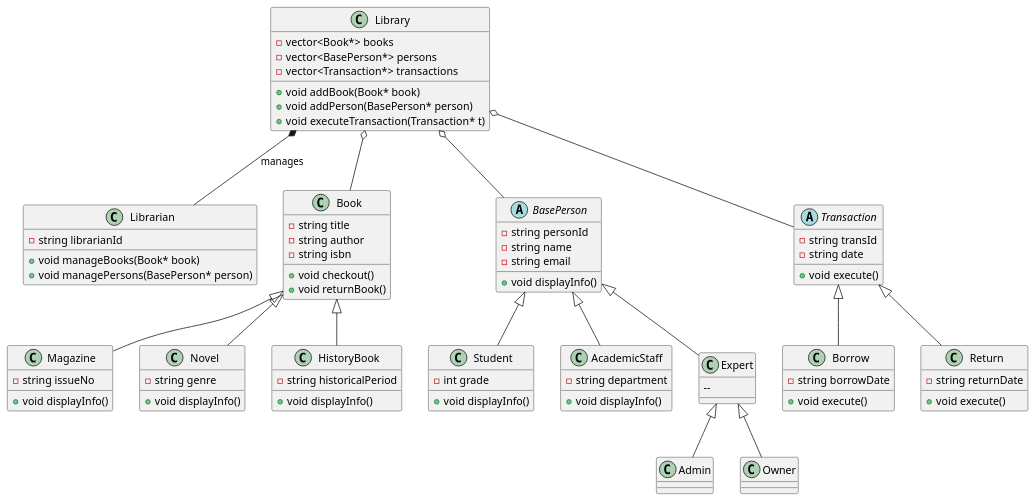
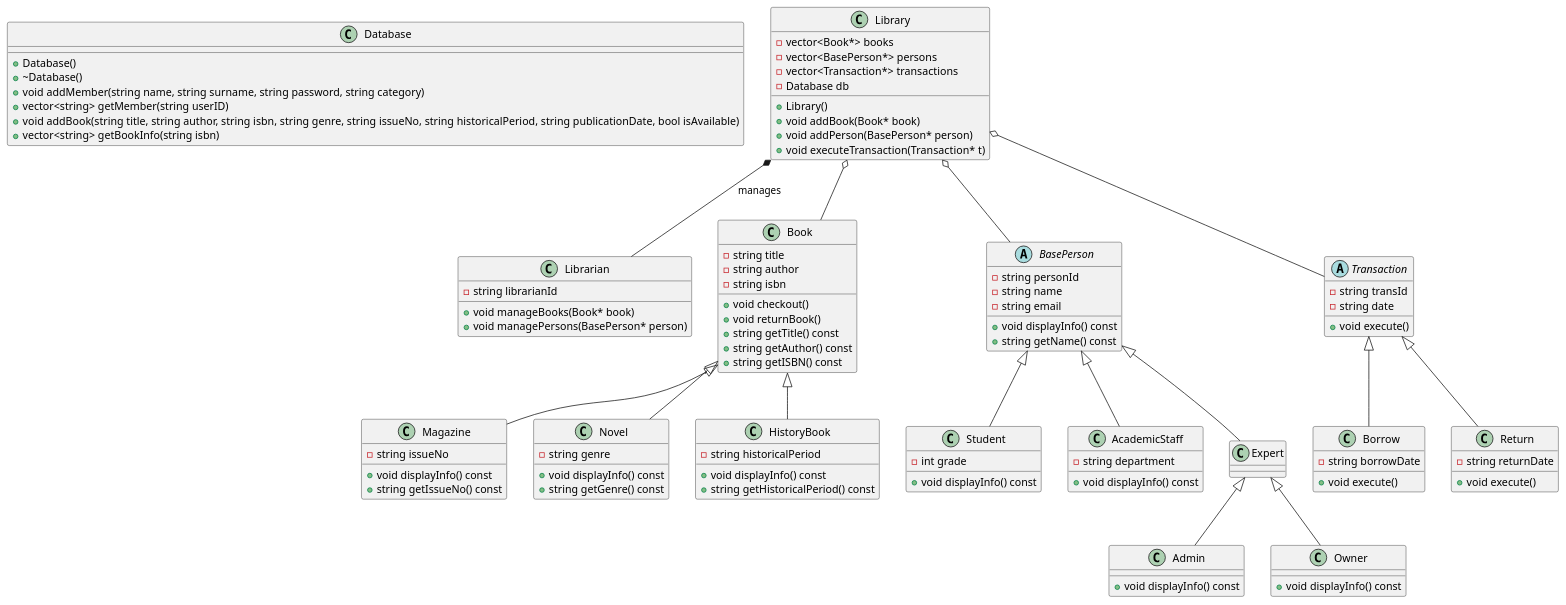
Before and after one commit to umutsar/LibraryManagementSystem: the diagram in Diagram/library_system.puml, drawn with PlantUML. The commit also changed 10 other files, not shown here.

```diff
--- a/Diagram/library_system.puml
+++ b/Diagram/library_system.puml
@@ -1,107 +1,126 @@
 @startuml
+
+class Database {
+    + Database()
+    + ~Database()
+    + void addMember(string name, string surname, string password, string category)
+    + vector<string> getMember(string userID)
+    + void addBook(string title, string author, string isbn, string genre, string issueNo, string historicalPeriod, string publicationDate, bool isAvailable)
+    + vector<string> getBookInfo(string isbn)
+}
+
 
 class Library {
     - vector<Book*> books
     - vector<BasePerson*> persons
     - vector<Transaction*> transactions
+    - Database db
+    + Library()
     + void addBook(Book* book)
     + void addPerson(BasePerson* person)
     + void executeTransaction(Transaction* t)
 }
 
 class Librarian {
     - string librarianId
     + void manageBooks(Book* book)
     + void managePersons(BasePerson* person)
 }
 
 Library *-- Librarian : manages
 Library o-- Book
 Library o-- BasePerson
 Library o-- Transaction
 
+
 abstract class BasePerson {
     - string personId
     - string name
     - string email
-    + void displayInfo() 
+    + void displayInfo() const
+    + string getName() const
 }
 
 class Student {
     - int grade
-    + void displayInfo()
+    + void displayInfo() const
 }
 
 class AcademicStaff {
     - string department
-    + void displayInfo()
+    + void displayInfo() const
 }
 
 BasePerson <|-- Student
 BasePerson <|-- AcademicStaff
+
 
 abstract class Transaction {
     - string transId
     - string date
     + void execute() 
 }
 
 class Borrow {
     - string borrowDate
     + void execute()
 }
 
 class Return {
     - string returnDate
     + void execute()
 }
 
 Transaction <|-- Borrow
 Transaction <|-- Return
 
 class Book {
     - string title
     - string author
     - string isbn
     + void checkout()
     + void returnBook()
+    + string getTitle() const
+    + string getAuthor() const
+    + string getISBN() const
 }
 
 class Magazine {
     - string issueNo
-    + void displayInfo()
+    + void displayInfo() const
+    + string getIssueNo() const
 }
 
 class Novel {
     - string genre
-    + void displayInfo()
+    + void displayInfo() const
+    + string getGenre() const
 }
 
 class HistoryBook {
     - string historicalPeriod
-    + void displayInfo()
+    + void displayInfo() const
+    + string getHistoricalPeriod() const
 }
 
 Book <|-- Magazine
 Book <|-- Novel
 Book <|-- HistoryBook
 
-BasePerson <|-- Expert
-
 class Expert {
-    -- 
-
 }
 
 class Admin {
-
+    + void displayInfo() const
 }
 
 class Owner {
-
+    + void displayInfo() const
 }
 
 Expert <|-- Admin
 Expert <|-- Owner
 
+BasePerson <|-- Expert
+
 @enduml
```
